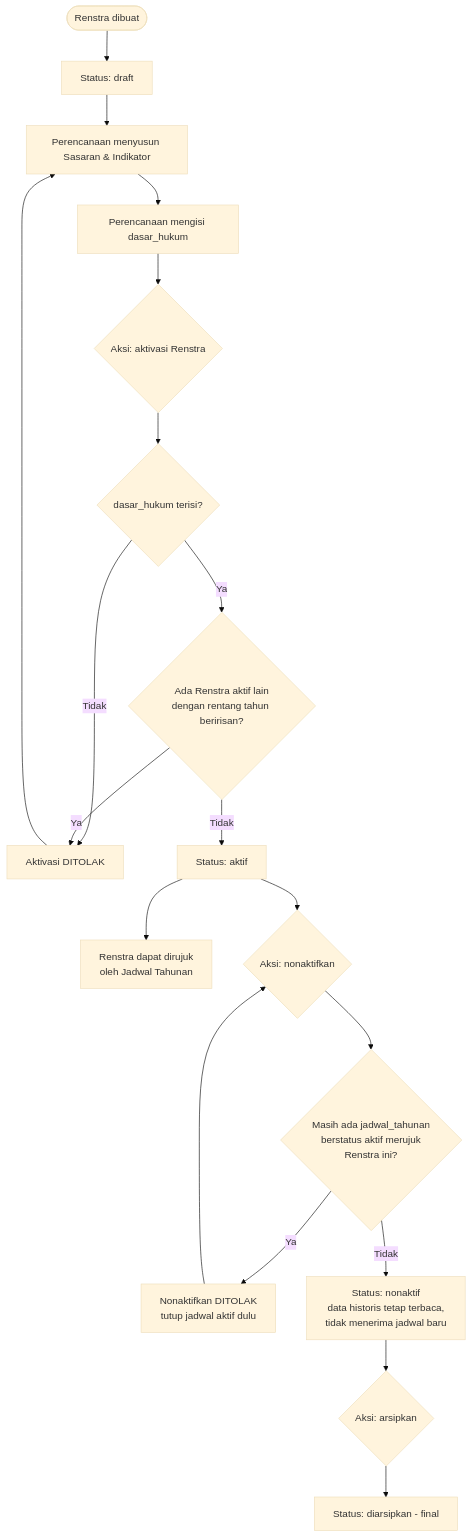
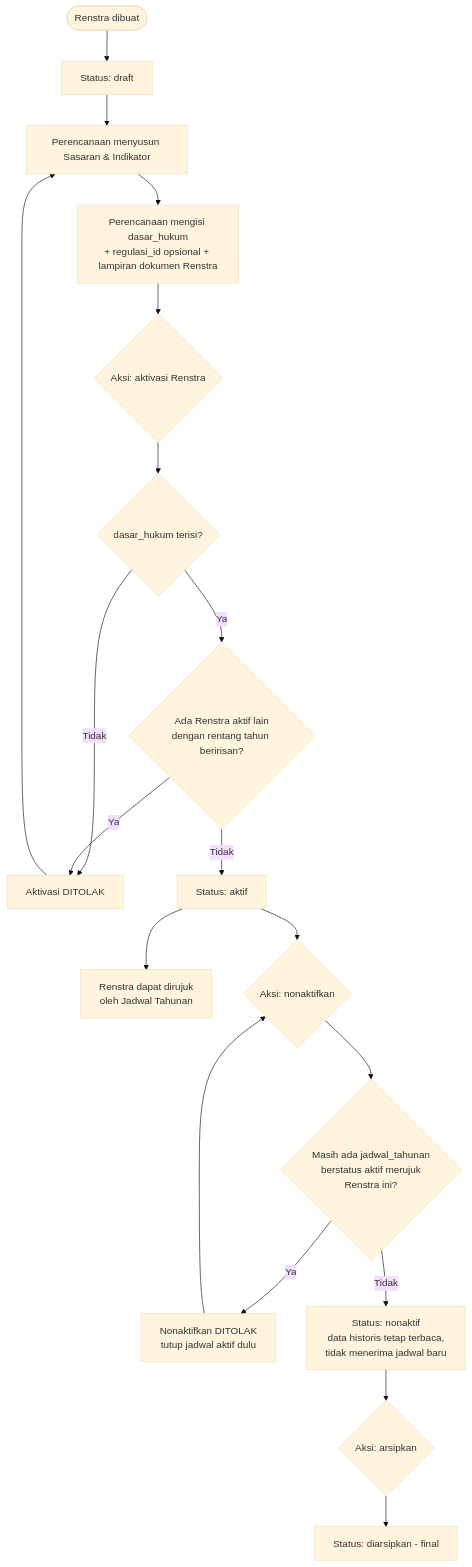
One commit to LLDIKTI-XVI-TEAM/SAKIP changed the second of 22 diagrams in document/SAKIP - Workflow.md. Above: the diagram before and after it, drawn with Mermaid (base theme). The commit also changed other lines of this file and 4 other files, not shown here.

````diff
--- a/document/SAKIP - Workflow.md
+++ b/document/SAKIP - Workflow.md
@@ -127,21 +234,21 @@
 ```mermaid
 flowchart TD
     A([Renstra dibuat]) --> B[Status: draft]
     B --> C[Perencanaan menyusun Sasaran & Indikator]
-    C --> D[Perencanaan mengisi dasar_hukum]
+    C --> D[Perencanaan mengisi dasar_hukum\n+ regulasi_id opsional + lampiran dokumen Renstra]
     D --> E{Aksi: aktivasi Renstra}
     E --> F{dasar_hukum terisi?}
     F -- Tidak --> G[Aktivasi DITOLAK]
     F -- Ya --> H{Ada Renstra aktif lain\ndengan rentang tahun beririsan?}
     H -- Ya --> G
     H -- Tidak --> I[Status: aktif]
     G --> C
     I --> J[Renstra dapat dirujuk\noleh Jadwal Tahunan]
     I --> K{Aksi: nonaktifkan}
     K --> K2{Masih ada jadwal_tahunan\nberstatus aktif merujuk\nRenstra ini?}
     K2 -- Ya --> K3[Nonaktifkan DITOLAK\ntutup jadwal aktif dulu]
     K3 --> K
     K2 -- Tidak --> L[Status: nonaktif\ndata historis tetap terbaca,\ntidak menerima jadwal baru]
     L --> M{Aksi: arsipkan}
     M --> N[Status: diarsipkan - final]
 ```
````
